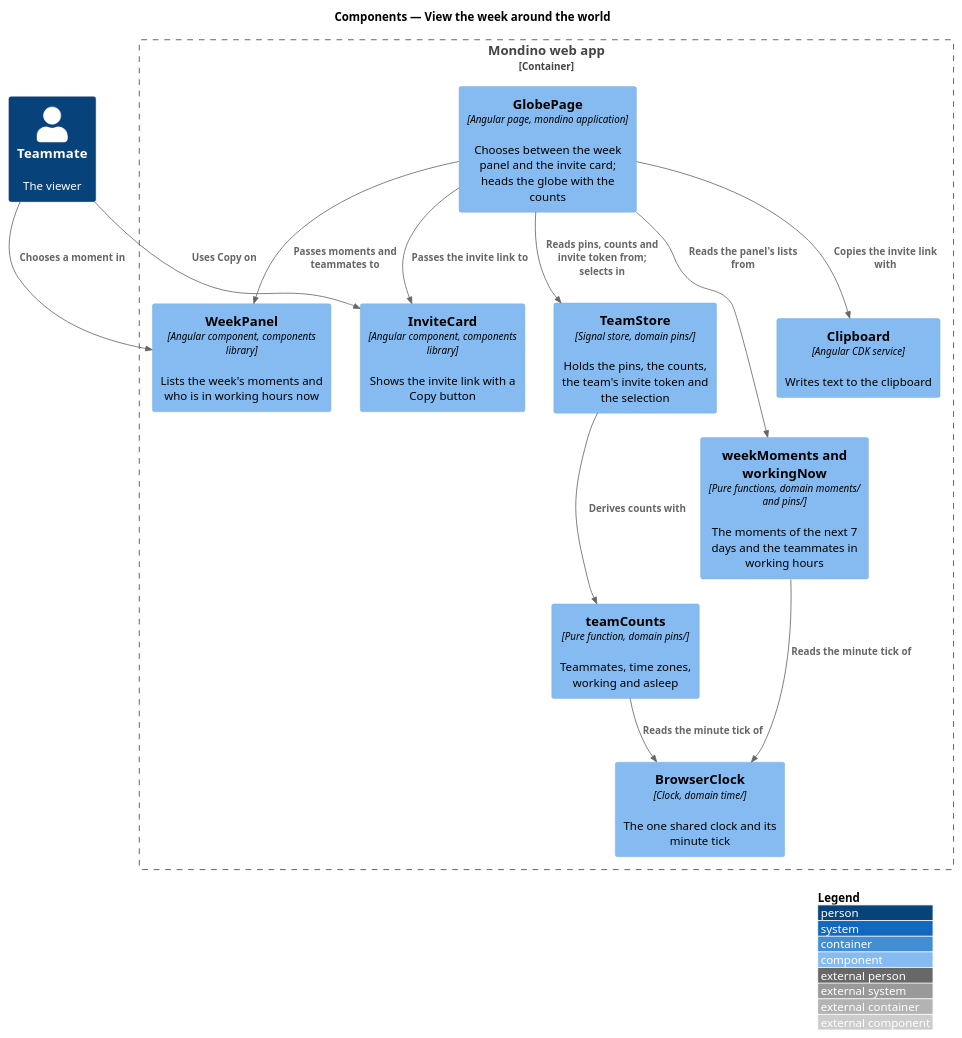
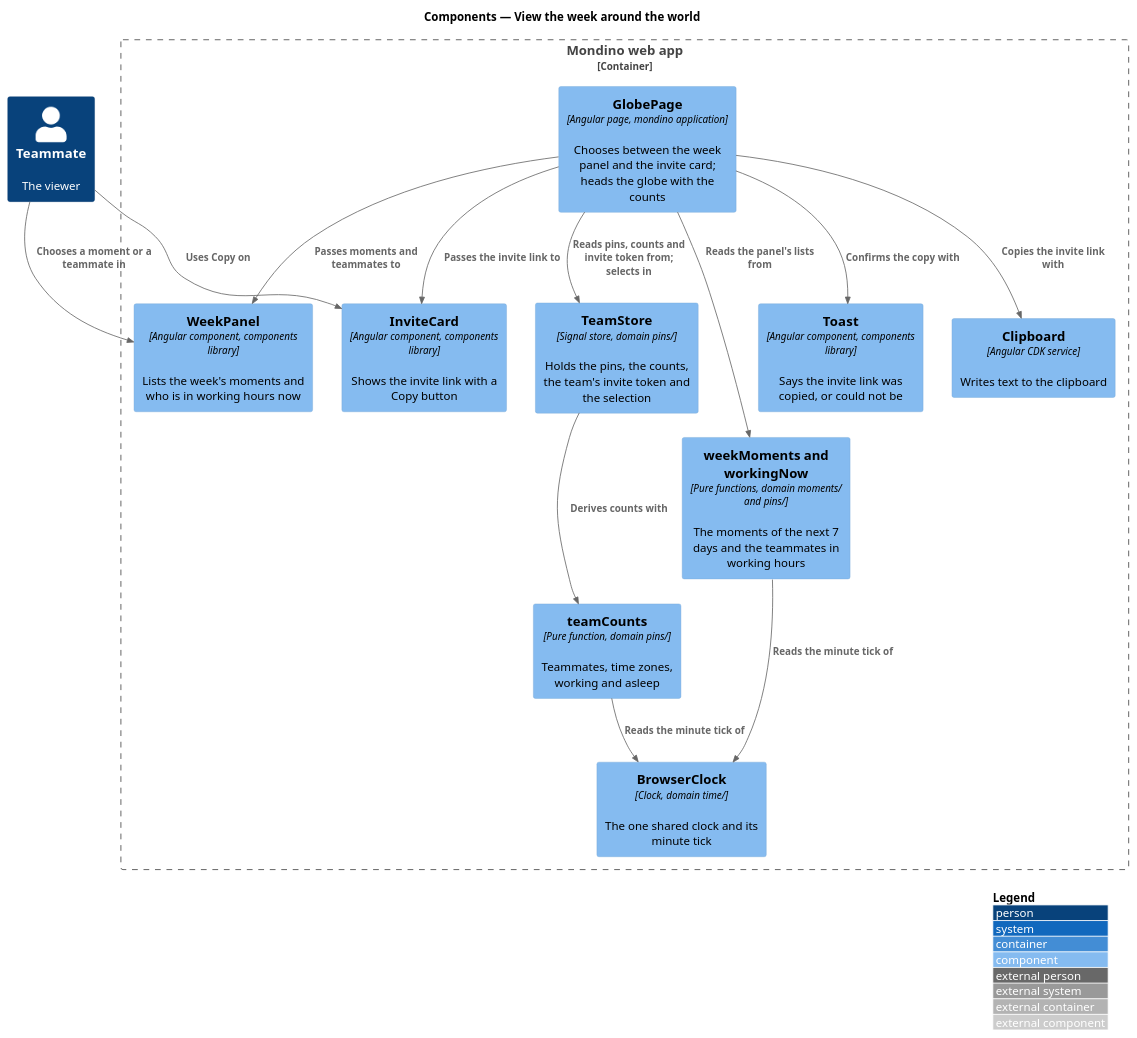
One commit to QuinntyneBrown/Mondino changed the diagram in docs/detailed-designs/team/view-week-around-the-world/diagrams/c4-component.puml. Above: the diagram before and after it, drawn with PlantUML. The commit also changed 5 other files, not shown here.

```diff
--- a/docs/detailed-designs/team/view-week-around-the-world/diagrams/c4-component.puml
+++ b/docs/detailed-designs/team/view-week-around-the-world/diagrams/c4-component.puml
@@ -1,27 +1,29 @@
 @startuml
 !include <C4/C4_Component>
 LAYOUT_WITH_LEGEND()
 title Components — View the week around the world
 
 Person(teammate, "Teammate", "The viewer")
 Container_Boundary(web, "Mondino web app") {
   Component(page, "GlobePage", "Angular page, mondino application", "Chooses between the week panel and the invite card; heads the globe with the counts")
   Component(store, "TeamStore", "Signal store, domain pins/", "Holds the pins, the counts, the team's invite token and the selection")
   Component(week, "weekMoments and workingNow", "Pure functions, domain moments/ and pins/", "The moments of the next 7 days and the teammates in working hours")
   Component(counts, "teamCounts", "Pure function, domain pins/", "Teammates, time zones, working and asleep")
   Component(clock, "BrowserClock", "Clock, domain time/", "The one shared clock and its minute tick")
   Component(panel, "WeekPanel", "Angular component, components library", "Lists the week's moments and who is in working hours now")
   Component(card, "InviteCard", "Angular component, components library", "Shows the invite link with a Copy button")
+  Component(toast, "Toast", "Angular component, components library", "Says the invite link was copied, or could not be")
   Component(clip, "Clipboard", "Angular CDK service", "Writes text to the clipboard")
 }
-Rel(teammate, panel, "Chooses a moment in")
+Rel(teammate, panel, "Chooses a moment or a teammate in")
 Rel(teammate, card, "Uses Copy on")
 Rel(page, store, "Reads pins, counts and invite token from; selects in")
 Rel(page, week, "Reads the panel's lists from")
 Rel(store, counts, "Derives counts with")
 Rel(week, clock, "Reads the minute tick of")
 Rel(counts, clock, "Reads the minute tick of")
 Rel(page, panel, "Passes moments and teammates to")
 Rel(page, card, "Passes the invite link to")
 Rel(page, clip, "Copies the invite link with")
+Rel(page, toast, "Confirms the copy with")
 @enduml
```
